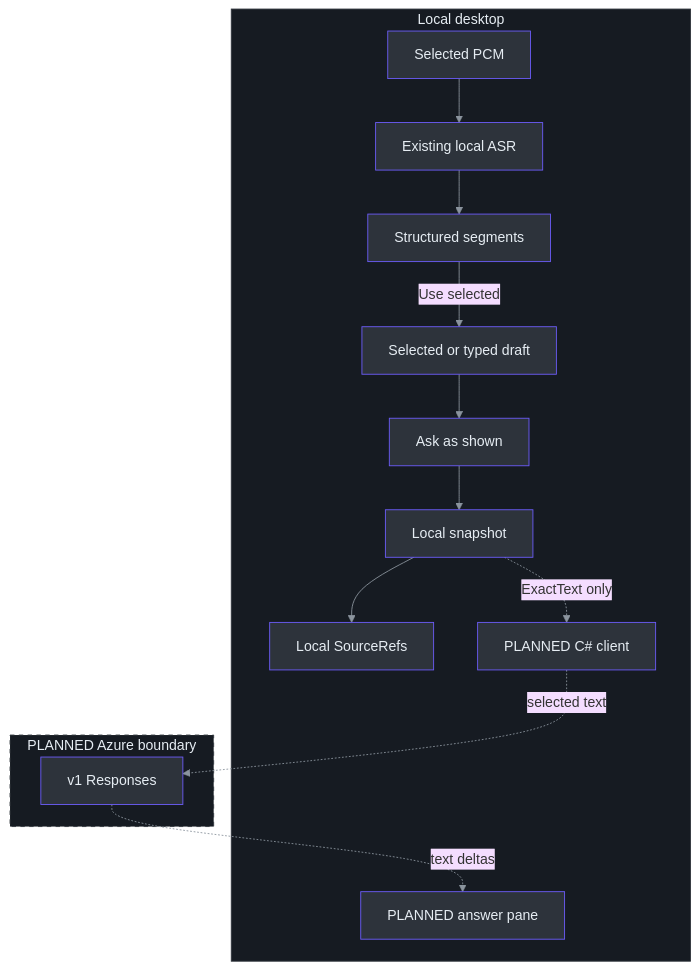
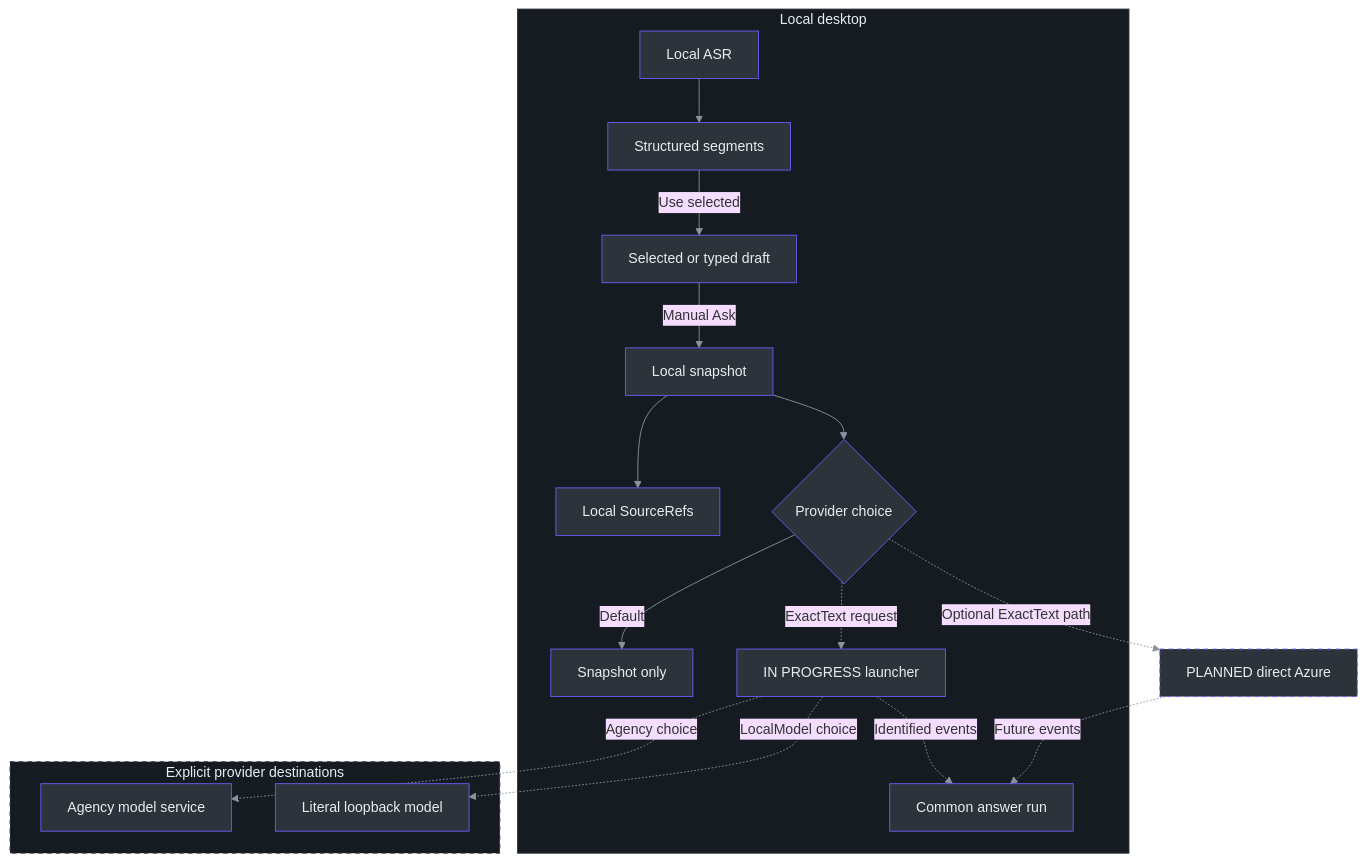
One commit to Zanark/phantom-fudge changed the first of 2 diagrams in docs/handbook/13-proposed-azure-answer-flow.md. Above: the diagram before and after it, drawn with Mermaid. The commit also changed other lines of this file and 116 other files, not shown here.

Commit message:
making interaction with local LLM models possible via Agency

````diff
--- a/docs/handbook/13-proposed-azure-answer-flow.md
+++ b/docs/handbook/13-proposed-azure-answer-flow.md
@@ -21,40 +25,47 @@
 ```mermaid
 ---
 config:
   theme: base
   themeVariables:
     lineColor: "#8b949e"
     textColor: "#e6edf3"
 ---
 flowchart TB
-    accTitle: Implemented local snapshot and PLANNED Azure boundary
-    accDescr: Solid local paths end at a frozen question with local provenance. Dashed planned paths would send only ExactText to an approved Azure provider.
+    accTitle: Exact questions with IN PROGRESS Agency-first prompting and PLANNED Azure
+    accDescr: SnapshotOnly sends nothing. One separately authorized Agency probe succeeded using its remote model service, while local adapter checks are complete. LocalModel has mock-only evidence and Azure remains future work.
     subgraph Local["Local desktop"]
-        PCM["Selected PCM"] --> ASR["Existing local ASR"]
-        ASR --> Store["Structured segments"]
+        ASR["Local ASR"] --> Store["Structured segments"]
         Store -->|Use selected| Draft["Selected or typed draft"]
-        Draft --> Ask["Ask as shown"]
-        Ask --> Frozen["Local snapshot"]
+        Draft -->|Manual Ask| Frozen["Local snapshot"]
         Frozen --> Refs["Local SourceRefs"]
-        Frozen -. ExactText only .-> Client["PLANNED C# client"]
-        Answer["PLANNED answer pane"]
+        Frozen --> Mode{"Provider choice"}
+        Mode -->|Default| None["Snapshot only"]
+        Mode -. ExactText request .-> CLI["IN PROGRESS launcher"]
+        Answer["Common answer run"]
     end
-    subgraph Cloud["PLANNED Azure boundary"]
-        API["v1 Responses"]
+    subgraph Destinations["Explicit provider destinations"]
+        Agency["Agency model service"]
+        Loop["Literal loopback model"]
     end
-    Client -. selected text .-> API
-    API -. text deltas .-> Answer
-    style PCM fill:#2d333b,stroke:#6d5dfc,color:#e6edf3
+    Azure["PLANNED direct Azure"]
+    CLI -. Agency choice .-> Agency
+    CLI -. LocalModel choice .-> Loop
+    CLI -. Identified events .-> Answer
+    Mode -. Optional ExactText path .-> Azure
+    Azure -. Future events .-> Answer
     style ASR fill:#2d333b,stroke:#6d5dfc,color:#e6edf3
     style Store fill:#2d333b,stroke:#6d5dfc,color:#e6edf3
     style Draft fill:#2d333b,stroke:#6d5dfc,color:#e6edf3
-    style Ask fill:#2d333b,stroke:#6d5dfc,color:#e6edf3
     style Frozen fill:#2d333b,stroke:#6d5dfc,color:#e6edf3
     style Refs fill:#2d333b,stroke:#6d5dfc,color:#e6edf3
-    style Client fill:#2d333b,stroke:#6d5dfc,color:#e6edf3
+    style Mode fill:#2d333b,stroke:#6d5dfc,color:#e6edf3
+    style None fill:#2d333b,stroke:#6d5dfc,color:#e6edf3
+    style CLI fill:#2d333b,stroke:#6d5dfc,color:#e6edf3
     style Answer fill:#2d333b,stroke:#6d5dfc,color:#e6edf3
-    style API fill:#2d333b,stroke:#6d5dfc,color:#e6edf3
+    style Agency fill:#2d333b,stroke:#6d5dfc,color:#e6edf3
+    style Loop fill:#2d333b,stroke:#6d5dfc,color:#e6edf3
+    style Azure fill:#2d333b,stroke:#6d5dfc,color:#e6edf3,stroke-dasharray:5 5
     style Local fill:#161b22,stroke:#30363d,color:#e6edf3
-    style Cloud fill:#161b22,stroke:#30363d,color:#e6edf3,stroke-dasharray:5 5
+    style Destinations fill:#161b22,stroke:#30363d,color:#e6edf3,stroke-dasharray:5 5
     linkStyle default stroke:#8b949e
 ```
````
